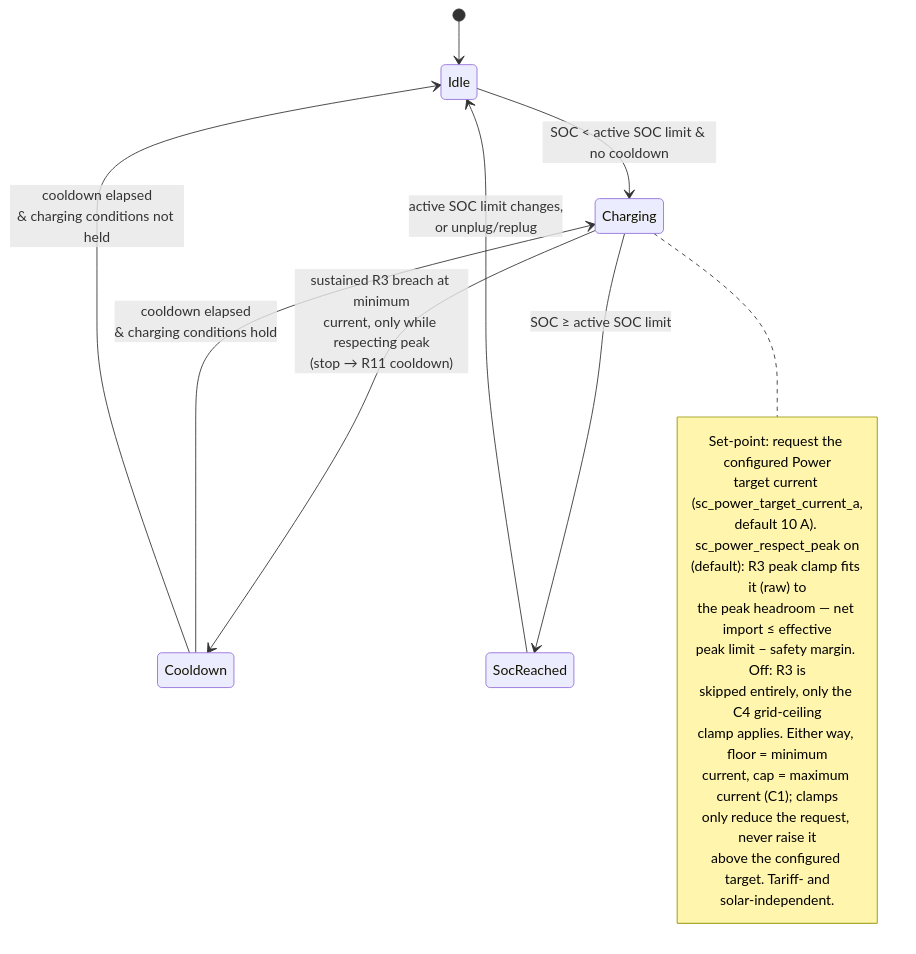
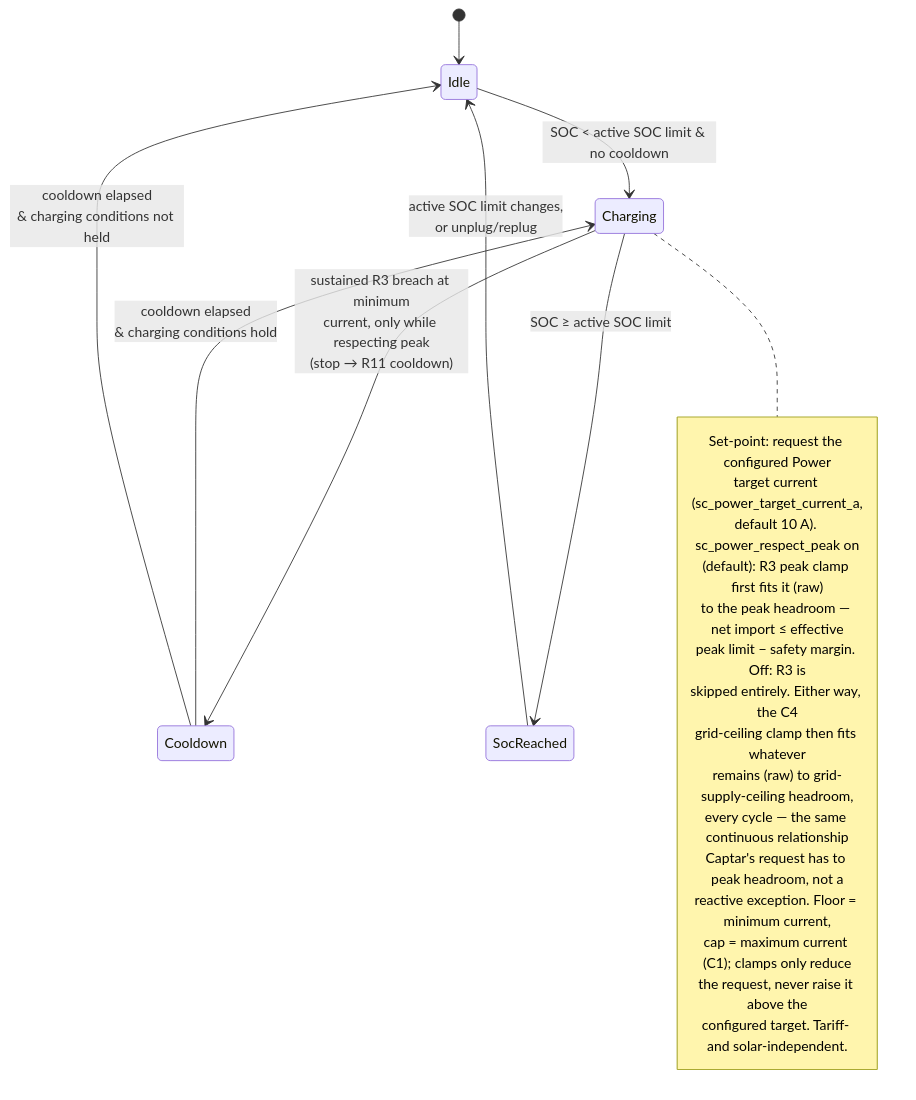
One commit to kristofdegrave/homeassistant-smart-charging changed the diagram in docs/analysis/use-cases/UC04-charge-at-a-user-set-current.md. Above: the diagram before and after it, drawn with Mermaid. The commit also changed other lines of this file, not shown here.

Commit message:
docs: make Power's C4 relationship continuous, not reactive-only (UC04)
Reframes Power mode's grid-supply-ceiling (C4) clamp as a continuous,
every-cycle relationship analogous to how Captar's request tracks the
R3 peak-headroom clamp, rather than an exception-only override, and
corrects the state model/diagram to show C4 applying after R3 even
when peak protection is enabled.

Closes #214

````diff
--- a/docs/analysis/use-cases/UC04-charge-at-a-user-set-current.md
+++ b/docs/analysis/use-cases/UC04-charge-at-a-user-set-current.md
@@ -95,24 +99,27 @@
 ```mermaid
 stateDiagram-v2
     [*] --> Idle
     Idle --> Charging: SOC < active SOC limit & no cooldown
     Charging --> Cooldown: sustained R3 breach at minimum<br/>current, only while respecting peak<br/>(stop → R11 cooldown)
     Charging --> SocReached: SOC ≥ active SOC limit
     Cooldown --> Charging: cooldown elapsed<br/>& charging conditions hold
     Cooldown --> Idle: cooldown elapsed<br/>& charging conditions not held
     SocReached --> Idle: active SOC limit changes,<br/>or unplug/replug
     note right of Charging
         Set-point: request the configured Power
         target current (sc_power_target_current_a,
         default 10 A). sc_power_respect_peak on
-        (default): R3 peak clamp fits it (raw) to
-        the peak headroom — net import ≤ effective
+        (default): R3 peak clamp first fits it (raw)
+        to the peak headroom — net import ≤ effective
         peak limit − safety margin. Off: R3 is
-        skipped entirely, only the C4 grid-ceiling
-        clamp applies. Either way, floor = minimum
-        current, cap = maximum current (C1); clamps
-        only reduce the request, never raise it
-        above the configured target. Tariff- and
-        solar-independent.
+        skipped entirely. Either way, the C4
+        grid-ceiling clamp then fits whatever
+        remains (raw) to grid-supply-ceiling headroom,
+        every cycle — the same continuous relationship
+        Captar's request has to peak headroom, not a
+        reactive exception. Floor = minimum current,
+        cap = maximum current (C1); clamps only reduce
+        the request, never raise it above the
+        configured target. Tariff- and solar-independent.
     end note
 ```
````
